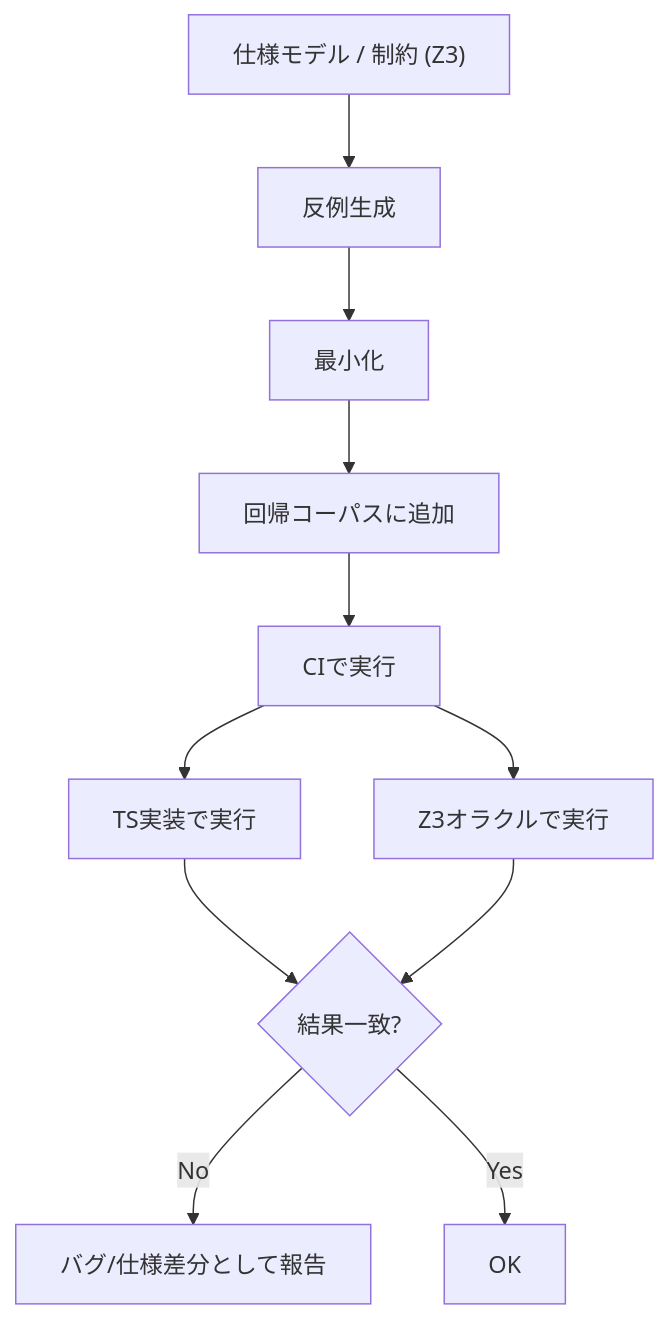
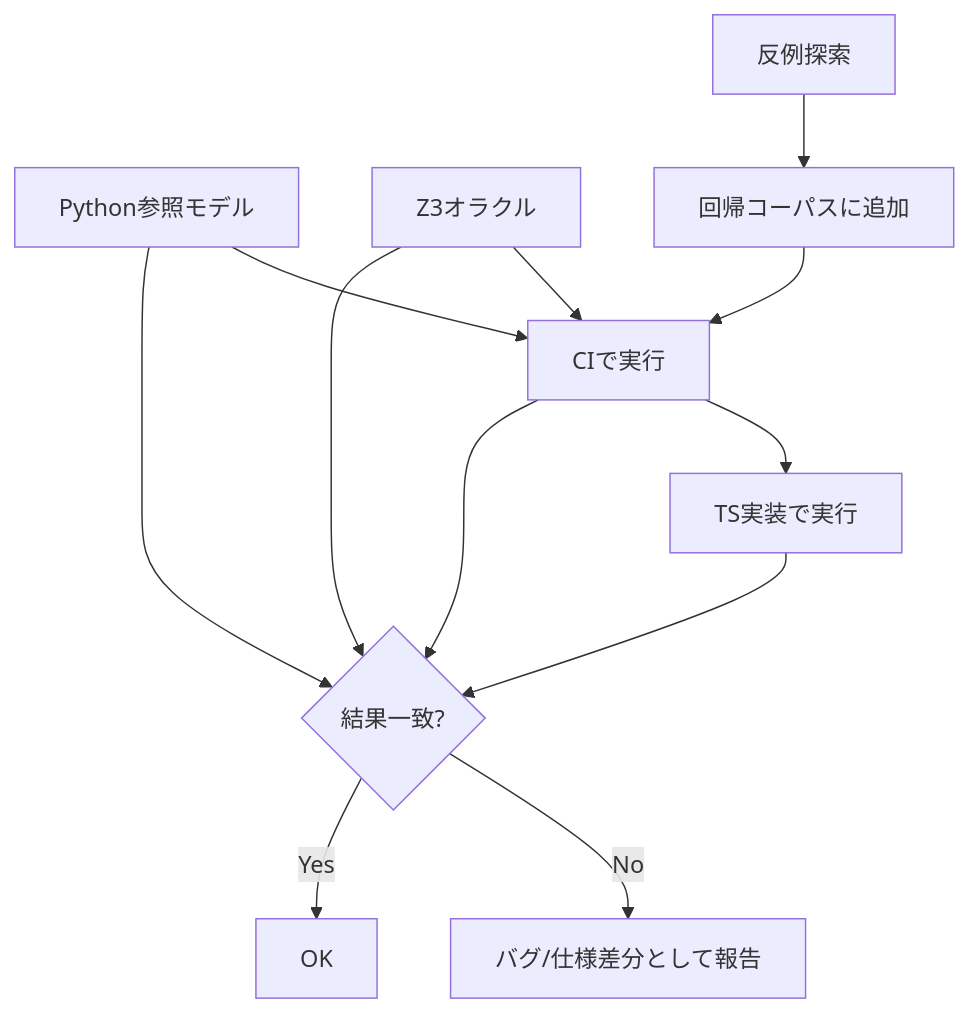
Before and after one commit to YChinen/verified-json-reference-parser: the second of 3 diagrams in docs/architecture/ARCHITECTURE_ja.md, drawn with Mermaid. The commit also changed other lines of this file and 13 other files, not shown here.

````diff
--- a/docs/architecture/ARCHITECTURE_ja.md
+++ b/docs/architecture/ARCHITECTURE_ja.md
@@ -124,14 +126,15 @@
 ```mermaid
 flowchart TD
-  A["仕様モデル / 制約 (Z3)"] --> B["反例生成"]
-  B --> C["最小化"]
-  C --> D["回帰コーパスに追加"]
-  D --> E["CIで実行"]
+  A["Python参照モデル"] --> E["CIで実行"]
+  B["Z3オラクル"] --> E
+  C["反例探索"] --> D["回帰コーパスに追加"]
+  D --> E
 
   E --> F["TS実装で実行"]
-  E --> G["Z3オラクルで実行"]
-  F --> H{"結果一致?"}
-  G --> H
-  H -- No --> I["バグ/仕様差分として報告"]
-  H -- Yes --> J["OK"]
+  E --> G{"結果一致?"}
+  A --> G
+  B --> G
+  F --> G
+  G -- No --> H["バグ/仕様差分として報告"]
+  G -- Yes --> I["OK"]
 ```
````
